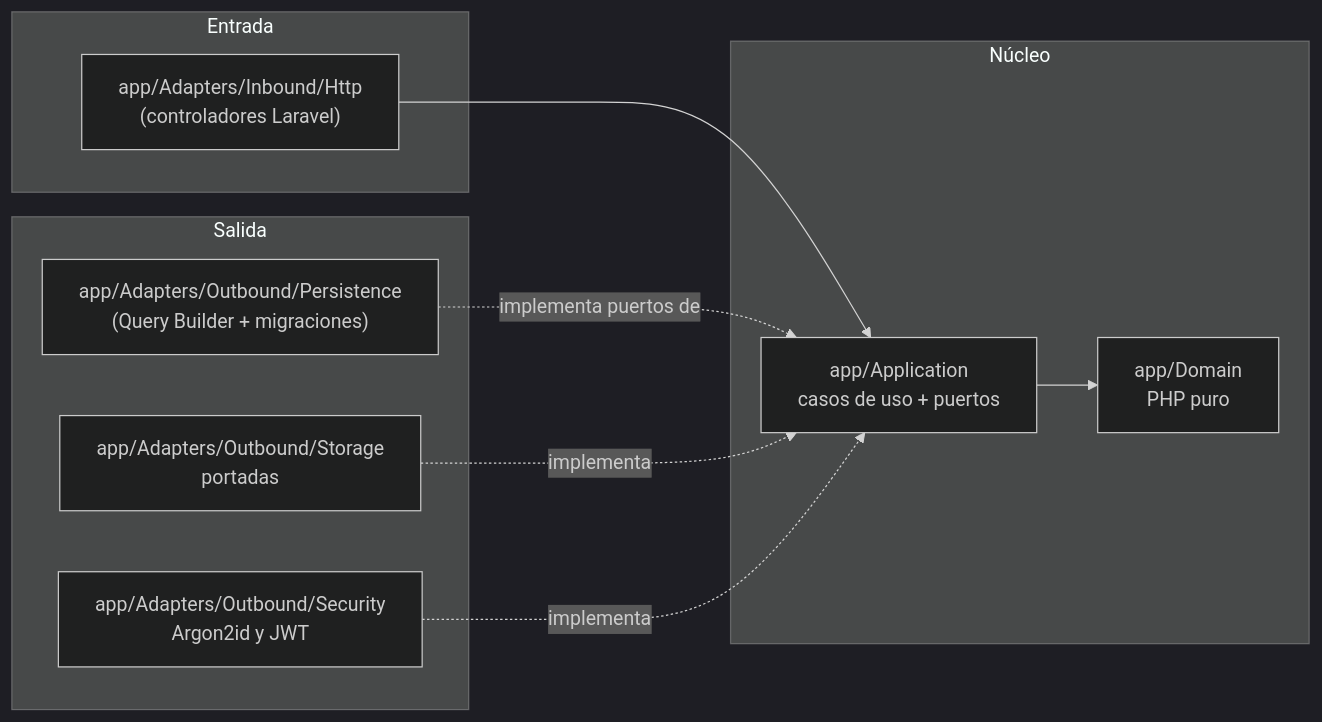
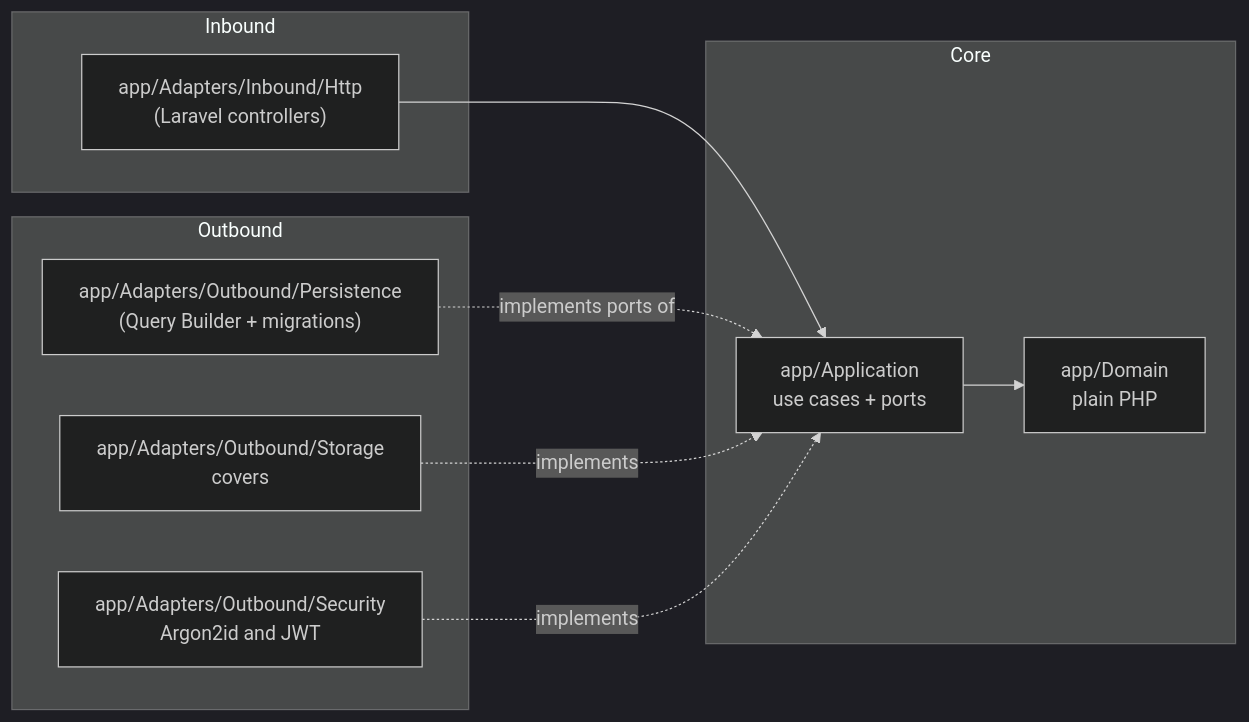
One commit to Jonas7891/test-manager-library-3145556-docs changed the first of 2 diagrams in spec-laravel/architecture.md. Above: the diagram before and after it, drawn with Mermaid (dark theme). The commit also changed other lines of this file and 6 other files, not shown here.

````diff
--- a/spec-laravel/architecture.md
+++ b/spec-laravel/architecture.md
@@ -8,19 +8,19 @@
 ```mermaid
 flowchart LR
-    subgraph Entrada
-      HTTP["app/Adapters/Inbound/Http<br/>(controladores Laravel)"]
+    subgraph Inbound
+      HTTP["app/Adapters/Inbound/Http<br/>(Laravel controllers)"]
     end
-    subgraph Núcleo
-      APP["app/Application<br/>casos de uso + puertos"]
-      DOM["app/Domain<br/>PHP puro"]
+    subgraph Core
+      APP["app/Application<br/>use cases + ports"]
+      DOM["app/Domain<br/>plain PHP"]
     end
-    subgraph Salida
-      DB["app/Adapters/Outbound/Persistence<br/>(Query Builder + migraciones)"]
-      STO["app/Adapters/Outbound/Storage<br/>portadas"]
-      SEC["app/Adapters/Outbound/Security<br/>Argon2id y JWT"]
+    subgraph Outbound
+      DB["app/Adapters/Outbound/Persistence<br/>(Query Builder + migrations)"]
+      STO["app/Adapters/Outbound/Storage<br/>covers"]
+      SEC["app/Adapters/Outbound/Security<br/>Argon2id and JWT"]
     end
     HTTP --> APP --> DOM
-    DB -. implementa puertos de .-> APP
-    STO -. implementa .-> APP
-    SEC -. implementa .-> APP
+    DB -. implements ports of .-> APP
+    STO -. implements .-> APP
+    SEC -. implements .-> APP
 ```
````
